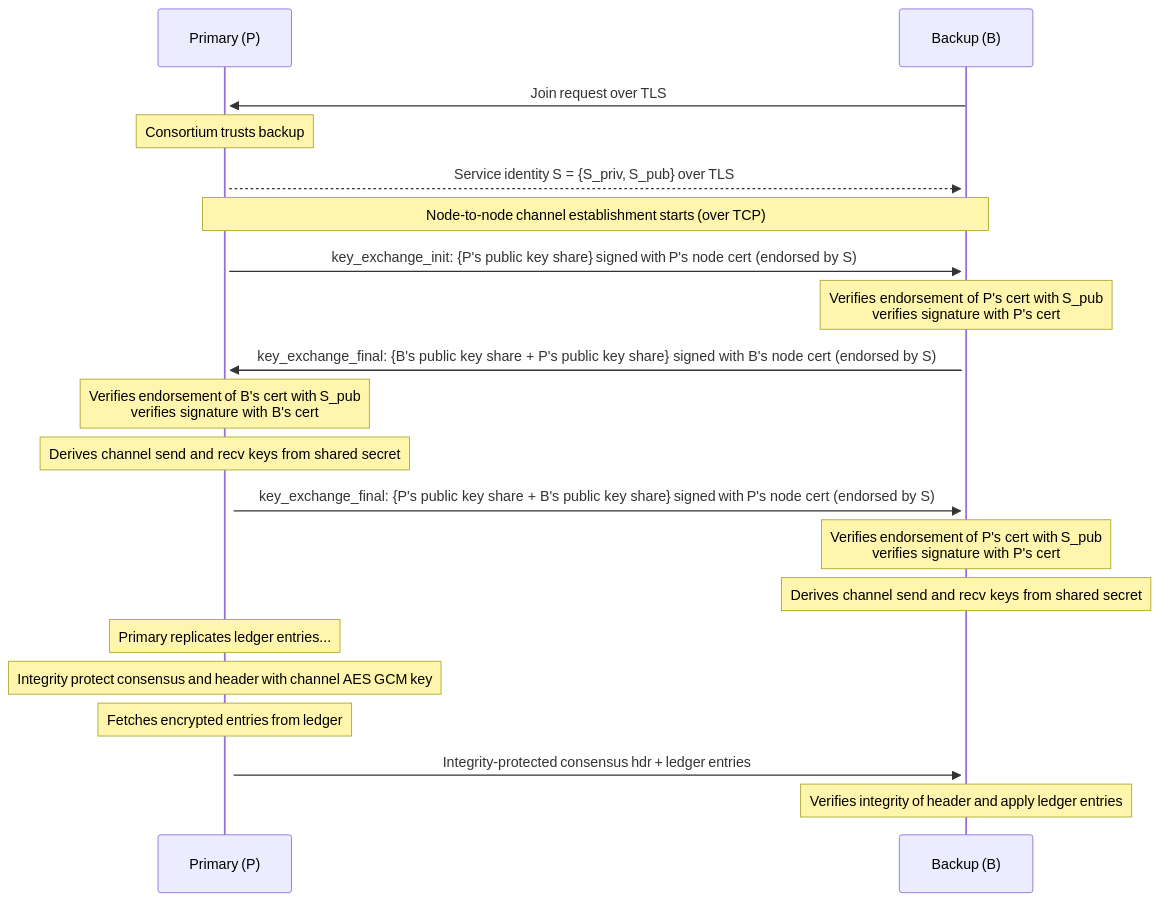
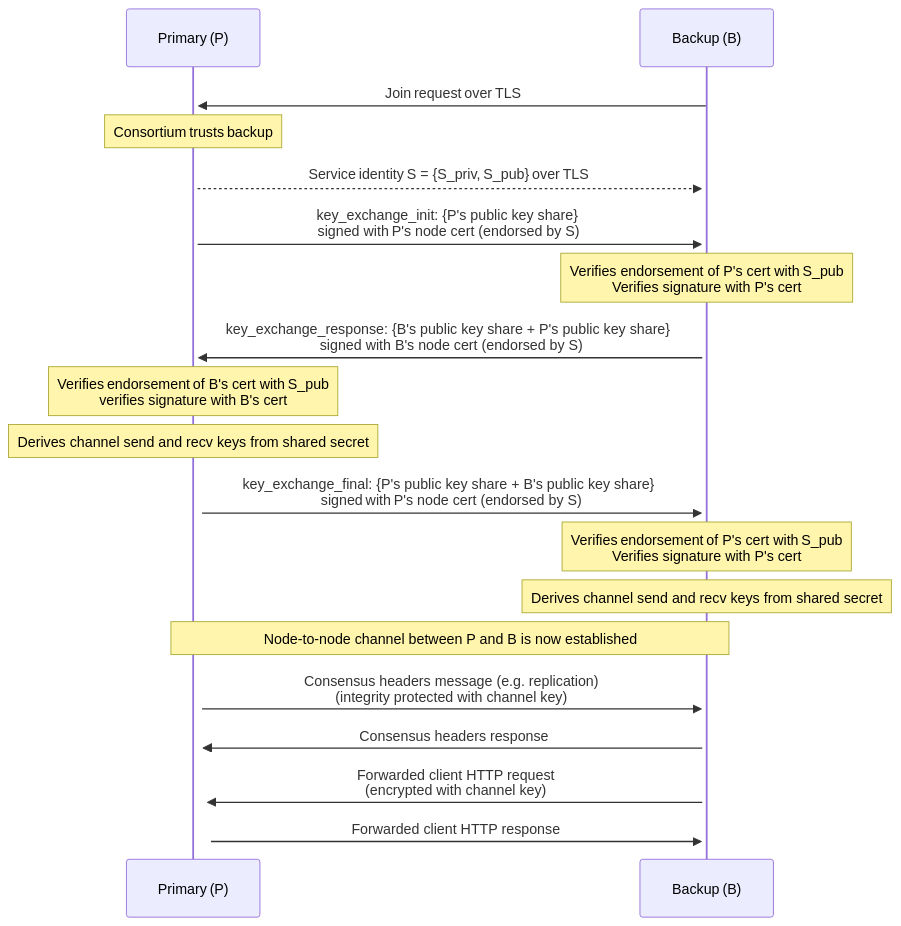
Before and after one commit to microsoft/CCF: the diagram in doc/contribute/design/index.rst, drawn with Mermaid. The commit also changed other lines of this file, not shown here.

Commit message:
Good to PR

```diff
--- a/doc/contribute/design/index.rst
+++ b/doc/contribute/design/index.rst
@@ -25,43 +31,34 @@
 .. mermaid::
 
     sequenceDiagram
         participant Primary as Primary (P)
         participant Backup as Backup (B)
 
         Backup->>+Primary: Join request over TLS
         Note over Primary: Consortium trusts backup
         Primary-->>+Backup: Service identity S = {S_priv, S_pub} over TLS
 
+        Primary->>+Backup: key_exchange_init: {P's public key share} <br> signed with P's node cert (endorsed by S)
 
-        Note over Primary, Backup: Node-to-node channel establishment starts (over TCP)
+        Note over Backup: Verifies endorsement of P's cert with S_pub <br> Verifies signature with P's cert
 
-        Primary->>+Backup: key_exchange_init: {P's public key share} signed with P's node cert (endorsed by S)
-
-        Note over Backup: Verifies endorsement of P's cert with S_pub <br> verifies signature with P's cert
-
-        Backup->>+Primary: key_exchange_final: {B's public key share + P's public key share} signed with B's node cert (endorsed by S)
+        Backup->>+Primary: key_exchange_response: {B's public key share + P's public key share}  <br>  signed with B's node cert (endorsed by S)
 
         Note over Primary: Verifies endorsement of B's cert with S_pub <br> verifies signature with B's cert
 
         Note over Primary: Derives channel send and recv keys from shared secret
 
-        Primary->>+Backup: key_exchange_final: {P's public key share + B's public key share} signed with P's node cert (endorsed by S)
+        Primary->>+Backup: key_exchange_final: {P's public key share + B's public key share}  <br> signed with P's node cert (endorsed by S)
 
-        Note over Backup: Verifies endorsement of P's cert with S_pub <br> verifies signature with P's cert
+        Note over Backup: Verifies endorsement of P's cert with S_pub <br> Verifies signature with P's cert
 
         Note over Backup: Derives channel send and recv keys from shared secret
 
+        Note over Primary, Backup: Node-to-node channel between P and B is now established
 
 
+        Primary->>+Backup: Consensus headers message (e.g. replication) <br> (integrity protected with channel key)
+        Backup->>+Primary: Consensus headers response
 
-
-
-        Note over Primary: Primary replicates ledger entries...
-
-        Note over Primary: Integrity protect consensus and header with channel AES GCM key
-
-        Note over Primary: Fetches encrypted entries from ledger
-
-        Primary->>+Backup: Integrity-protected consensus hdr + ledger entries
-
-        Note over Backup: Verifies integrity of header and apply ledger entries
+        Backup->>+Primary: Forwarded client HTTP request <br> (encrypted with channel key)
+        Primary->>+Backup: Forwarded client HTTP response
```
